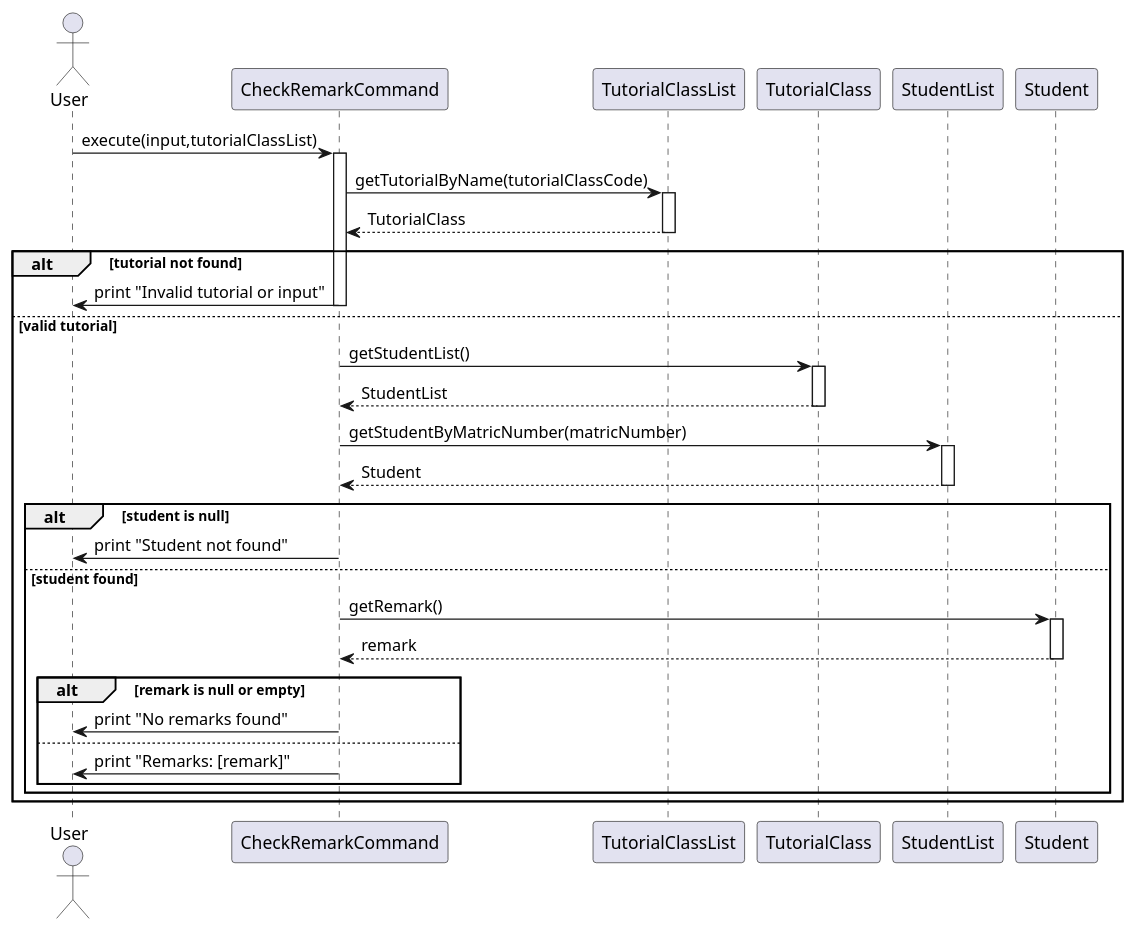
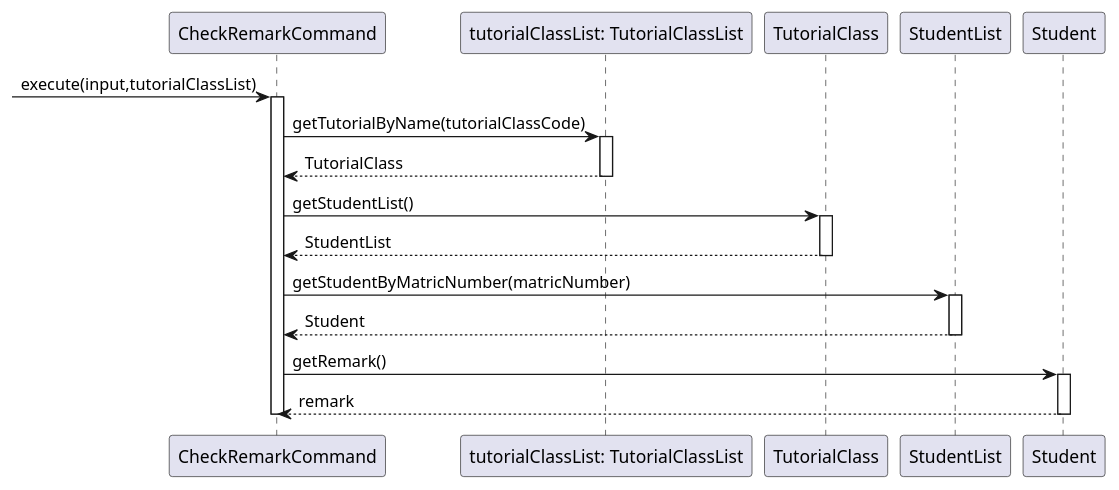
One commit to wongyihao02/tp changed the diagram in docs/diagrams/studentcommands/CheckRemarkCommandSequenceDiagram.puml. Above: the diagram before and after it, drawn with PlantUML. The commit also changed 14 other files, not shown here.

First line of the commit message:
Fix Sequence and Class Diagrams

```diff
--- a/docs/diagrams/studentcommands/CheckRemarkCommandSequenceDiagram.puml
+++ b/docs/diagrams/studentcommands/CheckRemarkCommandSequenceDiagram.puml
@@ -1,51 +1,39 @@
 @startuml
-actor User
+
 
 participant "CheckRemarkCommand" as CRC
-participant "TutorialClassList" as TCL
+participant "tutorialClassList: TutorialClassList" as TCL
 participant "TutorialClass" as TC
 participant "StudentList" as SL
 participant "Student" as S
 
-User -> CRC: execute(input,tutorialClassList)
+ -> CRC: execute(input,tutorialClassList)
 activate CRC
 
 CRC -> TCL: getTutorialByName(tutorialClassCode)
 activate TCL
 TCL --> CRC: TutorialClass
 deactivate TCL
 
 
-alt tutorial not found
-    CRC -> User: print "Invalid tutorial or input"
-    deactivate CRC
-else valid tutorial
+
     CRC -> TC: getStudentList()
     activate TC
     TC --> CRC: StudentList
     deactivate TC
 
     CRC -> SL: getStudentByMatricNumber(matricNumber)
     activate SL
     SL --> CRC: Student
     deactivate SL
 
-    alt student is null
-        CRC -> User: print "Student not found"
-        deactivate CRC
-    else student found
+
         CRC -> S: getRemark()
         activate S
         S --> CRC: remark
         deactivate S
 
-        alt remark is null or empty
-            CRC -> User: print "No remarks found"
-        else
-            CRC -> User: print "Remarks: [remark]"
-        end
+
         deactivate CRC
-    end
-end
 
 @enduml
```
